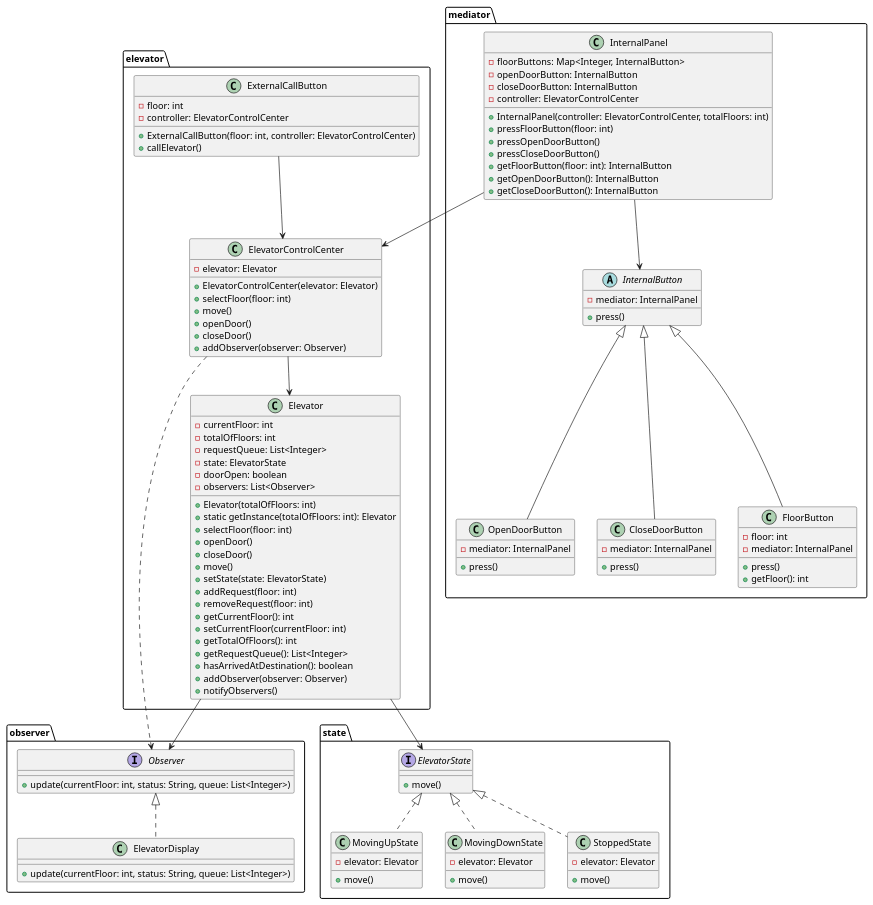
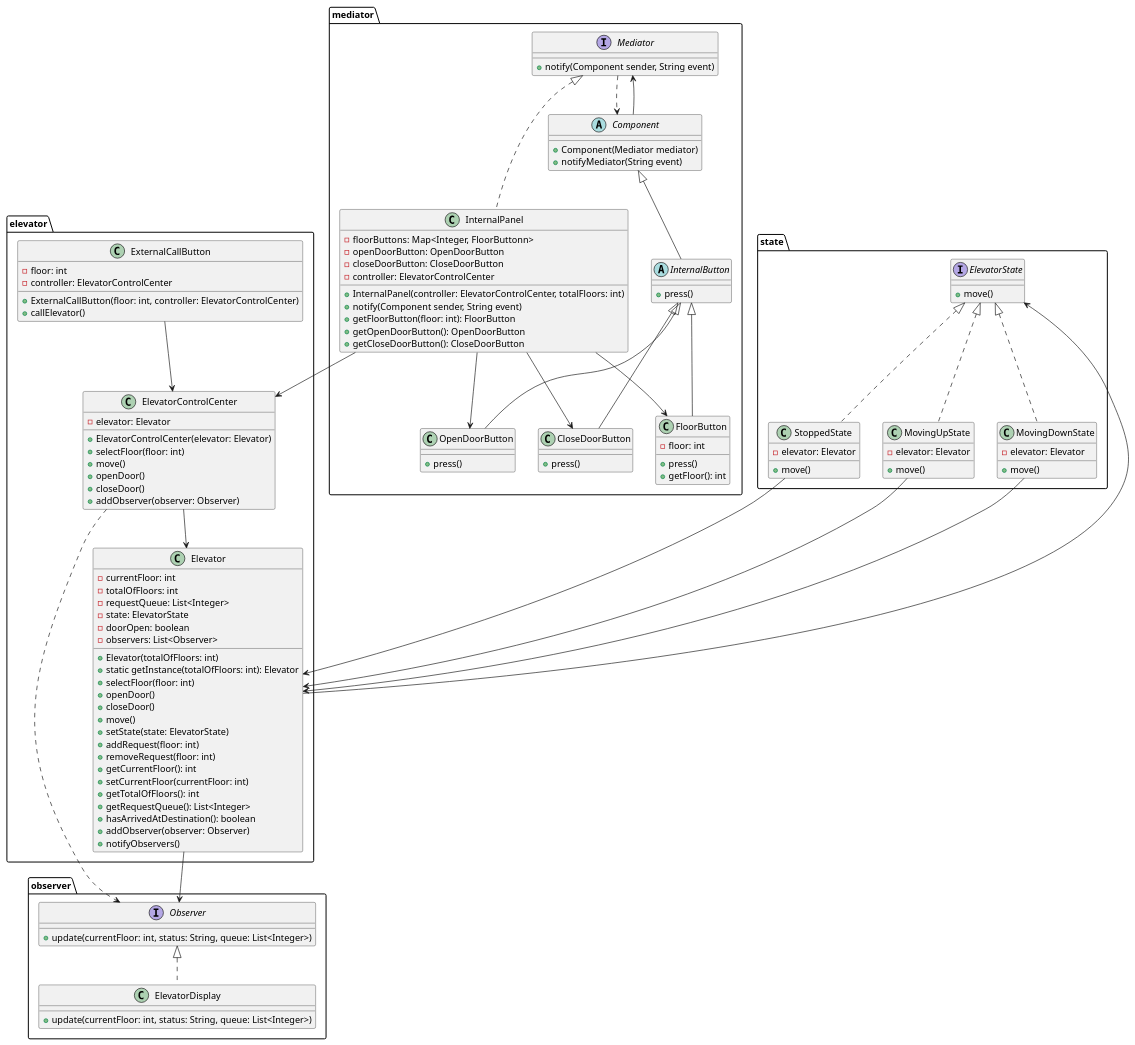
Before and after one commit to marcelakramer/designpatterns: the diagram in colaborativa_03_2/diagrams/diagram.plantuml, drawn with PlantUML. The commit also changed 8 other files, not shown here.

```diff
--- a/colaborativa_03_2/diagrams/diagram.plantuml
+++ b/colaborativa_03_2/diagrams/diagram.plantuml
@@ -1,124 +1,135 @@
 @startuml
 
 package observer {
     interface Observer {
         + update(currentFloor: int, status: String, queue: List<Integer>)
     }
 
     class ElevatorDisplay implements Observer {
         + update(currentFloor: int, status: String, queue: List<Integer>)
     }
 }
 
 package state {
     interface ElevatorState {
         + move()
     }
 
     class MovingUpState implements ElevatorState {
         - elevator: Elevator
         + move()
     }
 
     class MovingDownState implements ElevatorState {
         - elevator: Elevator
         + move()
     }
 
     class StoppedState implements ElevatorState {
         - elevator: Elevator
         + move()
     }
 }
 
 package mediator {
-    abstract class InternalButton {
-        - mediator: InternalPanel
+
+    interface Mediator {
+        + notify(Component sender, String event)
+    }
+
+    class InternalPanel implements Mediator {
+        - floorButtons: Map<Integer, FloorButtonn>
+        - openDoorButton: OpenDoorButton
+        - closeDoorButton: CloseDoorButton
+        - controller: ElevatorControlCenter
+        + InternalPanel(controller: ElevatorControlCenter, totalFloors: int)
+        + notify(Component sender, String event)
+        + getFloorButton(floor: int): FloorButton
+        + getOpenDoorButton(): OpenDoorButton
+        + getCloseDoorButton(): CloseDoorButton
+    }
+
+    abstract class Component {
+        + Component(Mediator mediator)
+        + notifyMediator(String event)
+    }
+
+    abstract class InternalButton extends Component {
         + press()
     }
 
     class OpenDoorButton extends InternalButton {
-        - mediator: InternalPanel
         + press()
     }
 
     class CloseDoorButton extends InternalButton {
-        - mediator: InternalPanel
         + press()
     }
 
     class FloorButton extends InternalButton {
         - floor: int
-        - mediator: InternalPanel
         + press()
         + getFloor(): int
-    }
-
-    class InternalPanel {
-        - floorButtons: Map<Integer, InternalButton>
-        - openDoorButton: InternalButton
-        - closeDoorButton: InternalButton
-        - controller: ElevatorControlCenter
-        + InternalPanel(controller: ElevatorControlCenter, totalFloors: int)
-        + pressFloorButton(floor: int)
-        + pressOpenDoorButton()
-        + pressCloseDoorButton()
-        + getFloorButton(floor: int): InternalButton
-        + getOpenDoorButton(): InternalButton
-        + getCloseDoorButton(): InternalButton
     }
 }
 
 package elevator {
     class Elevator {
         - currentFloor: int
         - totalOfFloors: int
         - requestQueue: List<Integer>
         - state: ElevatorState
         - doorOpen: boolean
         - observers: List<Observer>
         + Elevator(totalOfFloors: int)
         + static getInstance(totalOfFloors: int): Elevator
         + selectFloor(floor: int)
         + openDoor()
         + closeDoor()
         + move()
         + setState(state: ElevatorState)
         + addRequest(floor: int)
         + removeRequest(floor: int)
         + getCurrentFloor(): int
         + setCurrentFloor(currentFloor: int)
         + getTotalOfFloors(): int
         + getRequestQueue(): List<Integer>
         + hasArrivedAtDestination(): boolean
         + addObserver(observer: Observer)
         + notifyObservers()
     }
 
     class ExternalCallButton {
         - floor: int
         - controller: ElevatorControlCenter
         + ExternalCallButton(floor: int, controller: ElevatorControlCenter)
         + callElevator()
     }
 
     class ElevatorControlCenter {
         - elevator: Elevator
         + ElevatorControlCenter(elevator: Elevator)
         + selectFloor(floor: int)
         + move()
         + openDoor()
         + closeDoor()
         + addObserver(observer: Observer)
     }
 }
 
 ExternalCallButton --> ElevatorControlCenter
 ElevatorControlCenter --> Elevator
 ElevatorControlCenter ..> Observer
 InternalPanel --> ElevatorControlCenter
-InternalPanel --> InternalButton
+InternalPanel --> OpenDoorButton
+InternalPanel --> CloseDoorButton
+InternalPanel --> FloorButton
 Elevator --> ElevatorState
+MovingUpState --> Elevator
+MovingDownState --> Elevator
+StoppedState --> Elevator
 Elevator --> Observer
+Mediator ..> Component
+Component --> Mediator
 
 @enduml
```
